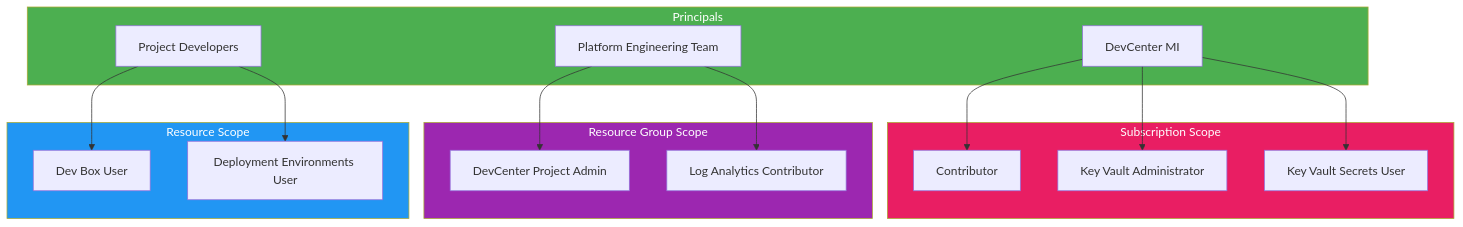
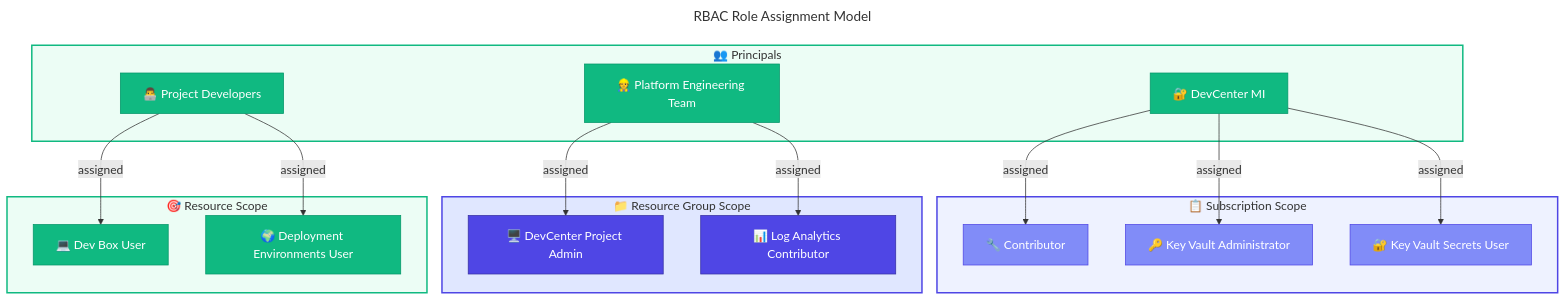
One commit to Evilazaro/DevExp-DevBox changed the fifth of 10 diagrams in docs/architecture/05-security-architecture.md. Above: the diagram before and after it, drawn with Mermaid. The commit also changed other lines of this file, not shown here.

Commit message:
Enhance security architecture documentation by adding emojis, improving diagram styles, and refining connections for better clarity and navigation.

````diff
--- a/docs/architecture/05-security-architecture.md
+++ b/docs/architecture/05-security-architecture.md
@@ -302,39 +372,57 @@
 ```mermaid
+---
+title: RBAC Role Assignment Model
+---
 flowchart TB
-    subgraph Subscription["Subscription Scope"]
-        R1["Contributor"]
-        R2["Key Vault Administrator"]
-        R3["Key Vault Secrets User"]
+    %% ===== SUBSCRIPTION SCOPE =====
+    subgraph Subscription["📋 Subscription Scope"]
+        R1["🔧 Contributor"]
+        R2["🔑 Key Vault Administrator"]
+        R3["🔐 Key Vault Secrets User"]
     end
     
-    subgraph ResourceGroup["Resource Group Scope"]
-        R4["DevCenter Project Admin"]
-        R5["Log Analytics Contributor"]
+    %% ===== RESOURCE GROUP SCOPE =====
+    subgraph ResourceGroup["📁 Resource Group Scope"]
+        R4["🖥️ DevCenter Project Admin"]
+        R5["📊 Log Analytics Contributor"]
     end
     
-    subgraph Resource["Resource Scope"]
-        R6["Dev Box User"]
-        R7["Deployment Environments User"]
+    %% ===== RESOURCE SCOPE =====
+    subgraph Resource["🎯 Resource Scope"]
+        R6["💻 Dev Box User"]
+        R7["🌍 Deployment Environments User"]
     end
     
-    subgraph Principals["Principals"]
-        P1["DevCenter MI"]
-        P2["Platform Engineering Team"]
-        P3["Project Developers"]
+    %% ===== PRINCIPALS =====
+    subgraph Principals["👥 Principals"]
+        P1["🔐 DevCenter MI"]
+        P2["👷 Platform Engineering Team"]
+        P3["👨‍💻 Project Developers"]
     end
     
-    P1 --> R1
-    P1 --> R2
-    P1 --> R3
+    %% ===== CONNECTIONS =====
+    P1 -->|assigned| R1
+    P1 -->|assigned| R2
+    P1 -->|assigned| R3
     
-    P2 --> R4
-    P2 --> R5
+    P2 -->|assigned| R4
+    P2 -->|assigned| R5
     
-    P3 --> R6
-    P3 --> R7
+    P3 -->|assigned| R6
+    P3 -->|assigned| R7
     
-    style Subscription fill:#E91E63,color:#fff
-    style ResourceGroup fill:#9C27B0,color:#fff
-    style Resource fill:#2196F3,color:#fff
-    style Principals fill:#4CAF50,color:#fff
+    %% ===== STYLES =====
+    classDef trigger fill:#818CF8,stroke:#4F46E5,color:#FFFFFF
+    classDef primary fill:#4F46E5,stroke:#3730A3,color:#FFFFFF
+    classDef secondary fill:#10B981,stroke:#059669,color:#FFFFFF
+    
+    class R1,R2,R3 trigger
+    class R4,R5 primary
+    class R6,R7 secondary
+    class P1,P2,P3 secondary
+    
+    style Subscription fill:#EEF2FF,stroke:#4F46E5,stroke-width:2px
+    style ResourceGroup fill:#E0E7FF,stroke:#4F46E5,stroke-width:2px
+    style Resource fill:#ECFDF5,stroke:#10B981,stroke-width:2px
+    style Principals fill:#ECFDF5,stroke:#10B981,stroke-width:2px
 ```
````
